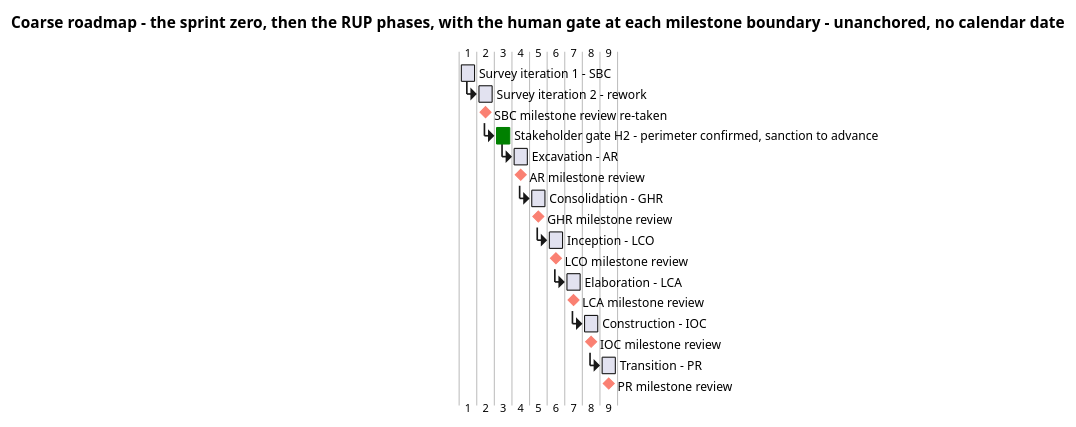
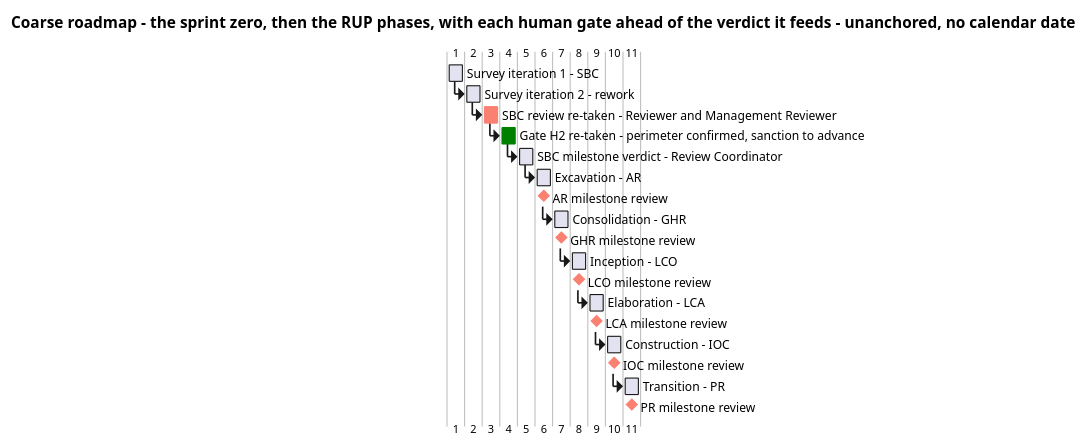
The first of 4 diagrams in docs/artifacts/project-management/iteration-plan.md (banense-test/TodoApp), drawn with PlantUML before and after one commit. The commit also changed other lines of this file, not shown here.

Commit message:
Project Manager [Survey2]: upsert Iteration Plan
[skip ci]

````diff
--- a/docs/artifacts/project-management/iteration-plan.md
+++ b/docs/artifacts/project-management/iteration-plan.md
@@ -34,38 +34,41 @@
 ```plantuml
 @startgantt
-title Coarse roadmap - the sprint zero, then the RUP phases, with the human gate at each milestone boundary - unanchored, no calendar date
+title Coarse roadmap - the sprint zero, then the RUP phases, with each human gate ahead of the verdict it feeds - unanchored, no calendar date
 
 [Survey iteration 1 - SBC] lasts 1 day
 [Survey iteration 2 - rework] lasts 1 day
 [Survey iteration 2 - rework] starts at [Survey iteration 1 - SBC]'s end
-[SBC milestone review re-taken] happens at [Survey iteration 2 - rework]'s end
-[SBC milestone review re-taken] is colored in Salmon
-[Stakeholder gate H2 - perimeter confirmed, sanction to advance] lasts 1 day
-[Stakeholder gate H2 - perimeter confirmed, sanction to advance] starts at [SBC milestone review re-taken]'s end
-[Stakeholder gate H2 - perimeter confirmed, sanction to advance] is colored in Green
+[SBC review re-taken - Reviewer and Management Reviewer] lasts 1 day
+[SBC review re-taken - Reviewer and Management Reviewer] starts at [Survey iteration 2 - rework]'s end
+[SBC review re-taken - Reviewer and Management Reviewer] is colored in Salmon
+[Gate H2 re-taken - perimeter confirmed, sanction to advance] lasts 1 day
+[Gate H2 re-taken - perimeter confirmed, sanction to advance] starts at [SBC review re-taken - Reviewer and Management Reviewer]'s end
+[Gate H2 re-taken - perimeter confirmed, sanction to advance] is colored in Green
+[SBC milestone verdict - Review Coordinator] lasts 1 day
+[SBC milestone verdict - Review Coordinator] starts at [Gate H2 re-taken - perimeter confirmed, sanction to advance]'s end
 [Excavation - AR] lasts 1 day
-[Excavation - AR] starts at [Stakeholder gate H2 - perimeter confirmed, sanction to advance]'s end
+[Excavation - AR] starts at [SBC milestone verdict - Review Coordinator]'s end
 [AR milestone review] happens at [Excavation - AR]'s end
 [AR milestone review] is colored in Salmon
 [Consolidation - GHR] lasts 1 day
 [Consolidation - GHR] starts at [AR milestone review]'s end
 [GHR milestone review] happens at [Consolidation - GHR]'s end
 [GHR milestone review] is colored in Salmon
 [Inception - LCO] lasts 1 day
 [Inception - LCO] starts at [GHR milestone review]'s end
 [LCO milestone review] happens at [Inception - LCO]'s end
 [LCO milestone review] is colored in Salmon
 [Elaboration - LCA] lasts 1 day
 [Elaboration - LCA] starts at [LCO milestone review]'s end
 [LCA milestone review] happens at [Elaboration - LCA]'s end
 [LCA milestone review] is colored in Salmon
 [Construction - IOC] lasts 1 day
 [Construction - IOC] starts at [LCA milestone review]'s end
 [IOC milestone review] happens at [Construction - IOC]'s end
 [IOC milestone review] is colored in Salmon
 [Transition - PR] lasts 1 day
 [Transition - PR] starts at [IOC milestone review]'s end
 [PR milestone review] happens at [Transition - PR]'s end
 [PR milestone review] is colored in Salmon
 @endgantt
 ```
````
